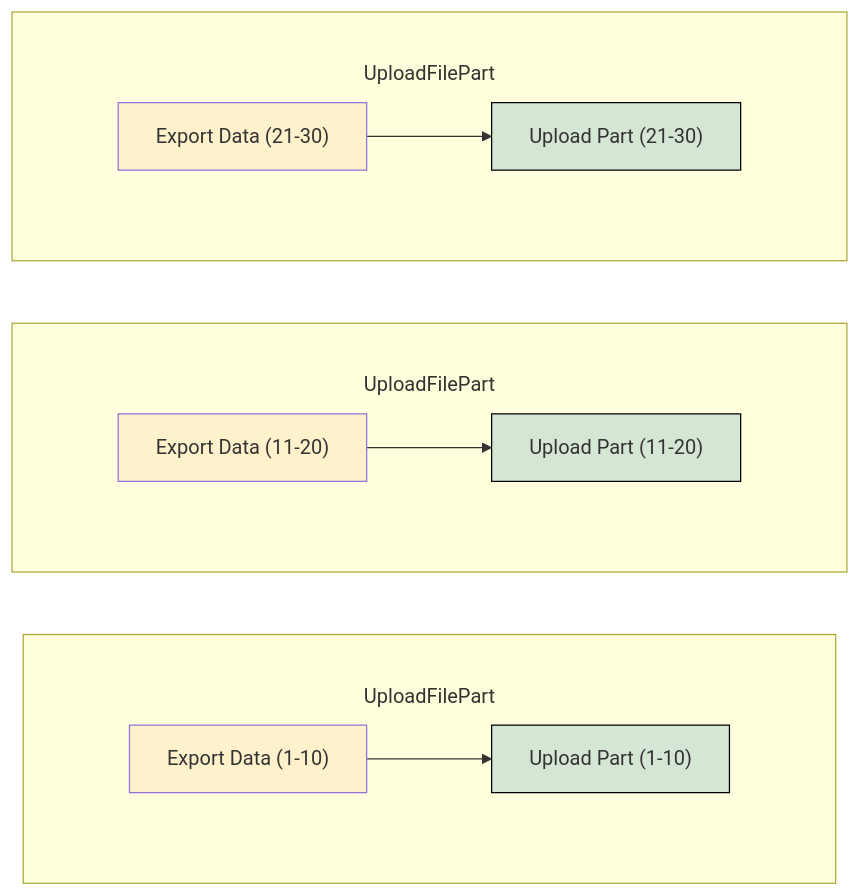
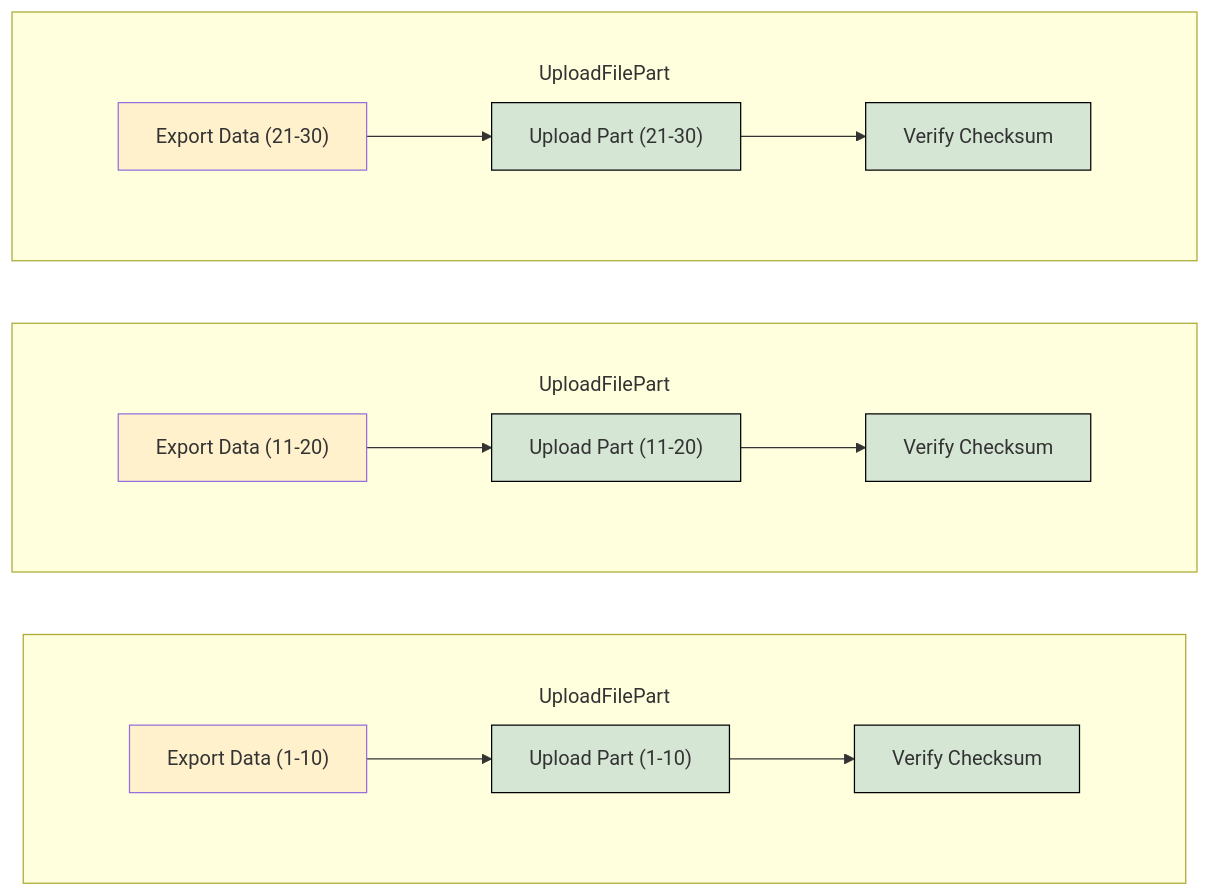
Before and after one commit to sombreroron/backup: the third of 5 diagrams in docs/backup-service-design.md, drawn with Mermaid.

Commit message:
Add verify checksum step to chart

````diff
--- a/docs/backup-service-design.md
+++ b/docs/backup-service-design.md
@@ -135,28 +135,28 @@
 ```mermaid
 graph LR
     classDef padding fill:none, stroke:none;
     classDef service fill:#fff1cc;
     classDef task fill:#d5e7d4,stroke:#000;
 
 subgraph EVENT [ ]
     subgraph BACKUP["UploadFilePart"]
-        PROVIDER["Export Data (1-10)"]:::service --> TASK["Upload Part (1-10)"]:::task
+        PROVIDER["Export Data (1-10)"]:::service --> TASK["Upload Part (1-10)"]:::task --> VERIFY["Verify Checksum"]:::task
     end
 end
 
 subgraph EVENT2 [ ]
     subgraph BACKUP2["UploadFilePart"]
-        PROVIDER2["Export Data (11-20)"]:::service --> TASK2["Upload Part (11-20)"]:::task
+        PROVIDER2["Export Data (11-20)"]:::service --> TASK2["Upload Part (11-20)"]:::task --> VERIFY2["Verify Checksum"]:::task
     end
 end
 
 subgraph EVENT3 [ ]
     subgraph BACKUP3["UploadFilePart"]
-        PROVIDER3["Export Data (21-30)"]:::service --> TASK3["Upload Part (21-30)"]:::task
+        PROVIDER3["Export Data (21-30)"]:::service --> TASK3["Upload Part (21-30)"]:::task --> VERIFY3["Verify Checksum"]:::task
     end
 end
 
 class BACKUP padding
 class BACKUP2 padding
 class BACKUP3 padding
 ```
````
